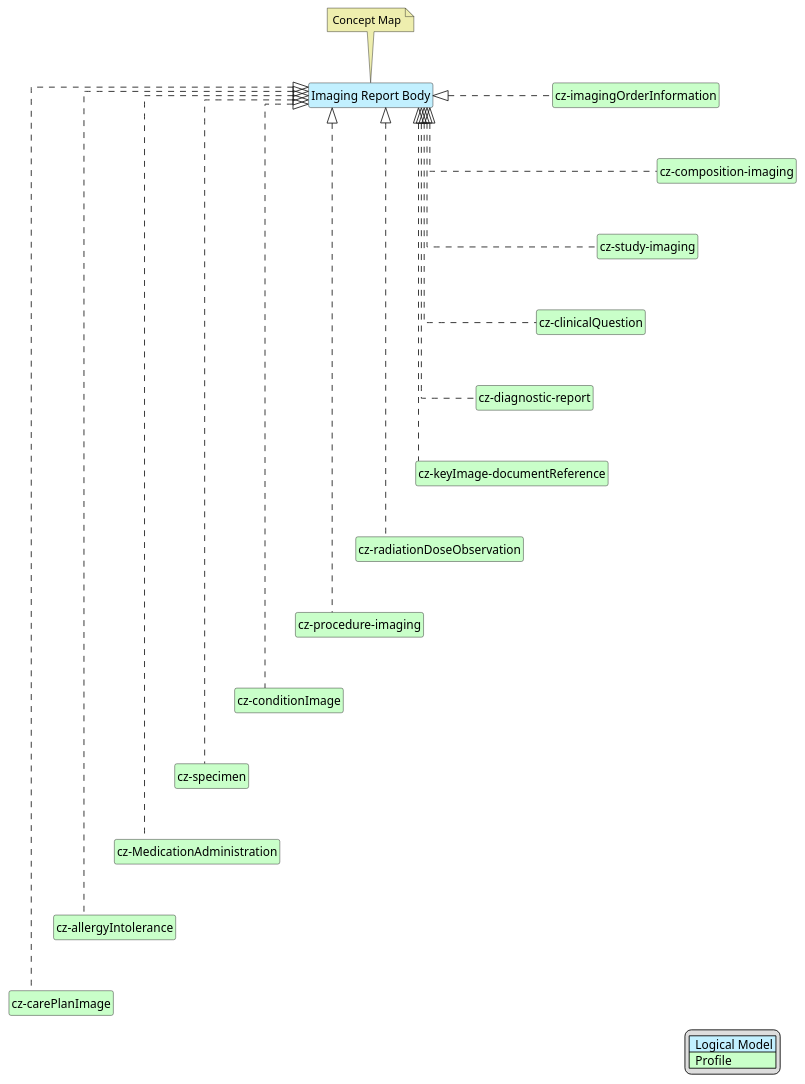
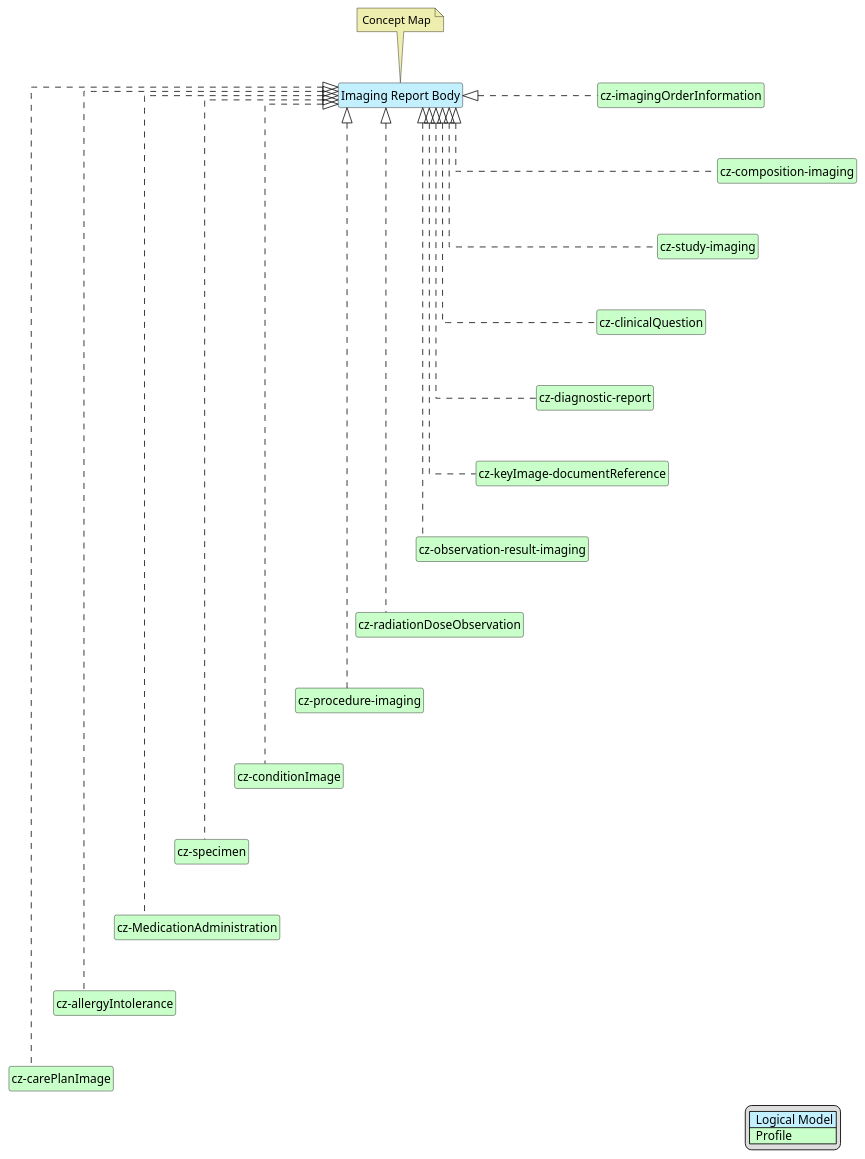
One commit to HL7-cz/img changed the diagram in input/images-source/imgReportBody-map.plantuml. Above: the diagram before and after it, drawn with PlantUML. The commit also changed 8 other files, not shown here.

```diff
--- a/input/images-source/imgReportBody-map.plantuml
+++ b/input/images-source/imgReportBody-map.plantuml
@@ -1,84 +1,87 @@
 @startuml
 hide circle
 hide stereotype
 hide members
 hide methods
 skinparam linetype ortho
 skinparam class {
 BackgroundColor<<LogicalModel>> #APPLICATION
 BackgroundColor<<Profile>> #TECHNOLOGY
 }
 legend right
 | <#APPLICATION>  Logical Model |
 | <#TECHNOLOGY>  Profile |
 endlegend
 class "Imaging Report Body" <<LogicalModel>> [[StructureDefinition-BodyImagingReportCz.html]]
 note top #EEEEAE [[ConceptMap-BodyImagingReport2FHIR-cz.html]]
 Concept Map
 endnote
 
 class "cz-composition-imaging" <<Profile>> [[StructureDefinition-cz-composition-imaging.html]]
 class "cz-imagingOrderInformation" <<Profile>> [[StructureDefinition-cz-imagingOrderInformation.html]]
 class "cz-conditionImage" <<Profile>> [[StructureDefinition-cz-conditionImage.html]]
 'class "cz-encounter" <<Profile>> [[StructureDefinition-cz-encounter.html]]
 class "cz-study-imaging" <<Profile>> [[StructureDefinition-cz-study-imaging.html]]
 class "cz-clinicalQuestion" <<Profile>> [[StructureDefinition-cz-clinicalQuestion.html]]
 class "cz-procedure-imaging" <<Profile>> [[StructureDefinition-cz-procedure-imaging.html]]
 class "cz-diagnostic-report" <<Profile>> [[StructureDefinition-cz-diagnostic-report.html]]
 class "cz-keyImage-documentReference" <<Profile>> [[StructureDefinition-cz-keyImage-documentReference.html]]
+class "cz-observation-result-imaging" <<Profile>> [[StructureDefinition-cz-observation-result-imaging.html]]
 class "cz-radiationDoseObservation" <<Profile>> [[StructureDefinition-cz-radiationDoseObservation.html]]
 'class "cz-coverage" <<Profile>> [[https://build.fhir.org/ig/HL7-cz/cz-core/StructureDefinition-cz-coverage.html]]
 'class "cz-appointment" <<Profile>> [[StructureDefinition-cz-appointment.html]]
 class "cz-specimen" <<Profile>> [[https://build.fhir.org/ig/HL7-cz/cz-core/StructureDefinition-cz-specimen.html]]
 'class "cz-observationImage" <<Profile>> [[StructureDefinition-cz-observationImage.html]]
 'class "cz-bodyweight" <<Profile>> [[StructureDefinition-cz-bodyweight.html]]
 'class "cz-bodyheight" <<Profile>> [[StructureDefinition-cz-bodyheight.html]]
 class "cz-MedicationAdministration" <<Profile>> [[StructureDefinition-cz-MedicationAdministration.html]]
 'class "cz-deviceUseStatement" <<Profile>> [[StructureDefinition-cz-deviceUseStatement.html]]
 class "cz-allergyIntolerance" <<Profile>> [[https://build.fhir.org/ig/HL7-cz/cz-core/StructureDefinition-cz-allergyIntolerance.html]]
 class "cz-carePlanImage" <<Profile>> [[StructureDefinition-cz-carePlanImage.html]]
 
 "Imaging Report Body" <|. "cz-imagingOrderInformation"
 "Imaging Report Body" <|. "cz-composition-imaging"
 "Imaging Report Body" <|. "cz-study-imaging"
 "Imaging Report Body" <|. "cz-clinicalQuestion"
 "Imaging Report Body" <|. "cz-procedure-imaging"
 "Imaging Report Body" <|. "cz-diagnostic-report"
 "Imaging Report Body" <|. "cz-keyImage-documentReference"
+"Imaging Report Body" <|. "cz-observation-result-imaging"
 "Imaging Report Body" <|. "cz-radiationDoseObservation"
 '"Imaging Report Body" <|. "cz-appointment"
 '"Imaging Report Body" <|. "cz-coverage"
 "Imaging Report Body" <|. "cz-conditionImage"
 '"Imaging Report Body" <|. "cz-encounter"
 "Imaging Report Body" <|. "cz-specimen"
 '"Imaging Report Body" <|. "cz-observationImage"
 '"Imaging Report Body" <|. "cz-bodyweight"
 '"Imaging Report Body" <|. "cz-bodyheight"
 "Imaging Report Body" <|. "cz-MedicationAdministration"
 '"Imaging Report Body" <|. "cz-deviceUseStatement"
 "Imaging Report Body" <|. "cz-allergyIntolerance"
 "Imaging Report Body" <|. "cz-carePlanImage"
 
 "cz-imagingOrderInformation" -d[hidden]-> "cz-composition-imaging"
 "cz-composition-imaging" -d[hidden]-> "cz-study-imaging"
 "cz-study-imaging" -d[hidden]-> "cz-clinicalQuestion"
 "cz-clinicalQuestion" -d[hidden]-> "cz-diagnostic-report"
 "cz-diagnostic-report" -d[hidden]-> "cz-keyImage-documentReference"
-"cz-keyImage-documentReference" -d[hidden]-> "cz-radiationDoseObservation"
+"cz-keyImage-documentReference" -d[hidden]-> "cz-observation-result-imaging"
+"cz-observation-result-imaging" -d[hidden]-> "cz-radiationDoseObservation"
 "cz-radiationDoseObservation" -d[hidden]-> "cz-procedure-imaging"
 "cz-procedure-imaging" -d[hidden]-> "cz-conditionImage"
 "cz-conditionImage" -d[hidden]-> "cz-specimen"
 '"cz-conditionImage" -d[hidden]-> "cz-appointment"
 '"cz-appointment" -d[hidden]-> "cz-coverage"
 '"cz-coverage" -d[hidden]-> "cz-specimen"
 "cz-specimen" -d[hidden]-> "cz-MedicationAdministration"
 '"cz-specimen" -d[hidden]-> "cz-observationImage"
 '"cz-observationImage" -d[hidden]-> "cz-bodyweight"
 '"cz-bodyweight" -d[hidden]-> "cz-bodyheight"
 '"cz-bodyheight" -d[hidden]-> "cz-MedicationAdministration"
 '"cz-MedicationAdministration" -d[hidden]-> "cz-deviceUseStatement"
 '"cz-deviceUseStatement" -d[hidden]-> "cz-allergyIntolerance"
 "cz-MedicationAdministration" -d[hidden]-> "cz-allergyIntolerance"
 "cz-allergyIntolerance" -d[hidden]-> "cz-carePlanImage"
 
 @enduml
```
